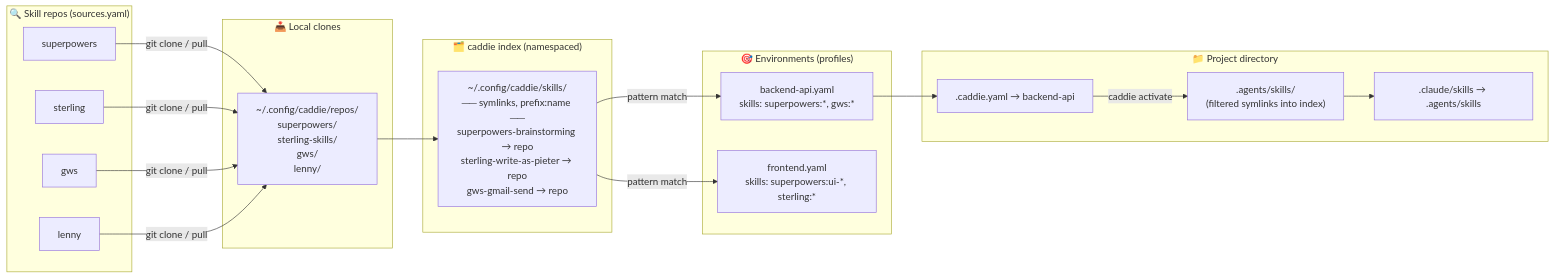
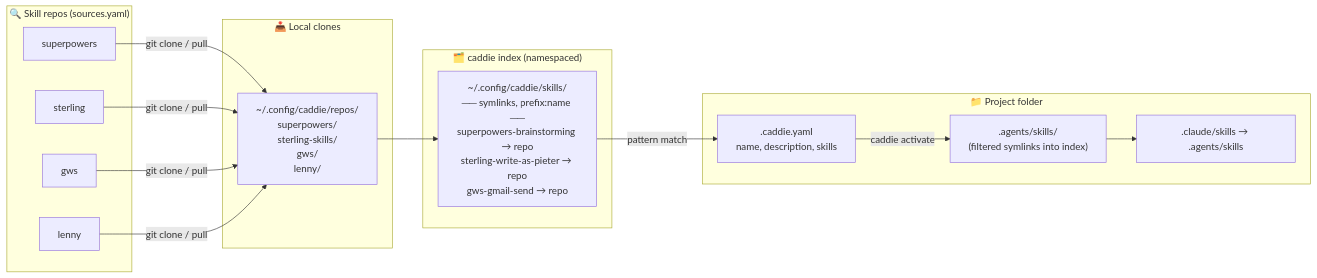
Before and after one commit to Portauw/caddie: the diagram in docs/OVERVIEW.md, drawn with Mermaid. The commit also changed other lines of this file and 5 other files, not shown here.

````diff
--- a/docs/OVERVIEW.md
+++ b/docs/OVERVIEW.md
@@ -57,34 +57,28 @@
 ```mermaid
 flowchart LR
     subgraph S["🔍 Skill repos (sources.yaml)"]
         S1["superpowers"]
         S2["sterling"]
         S3["gws"]
         S4["lenny"]
     end
 
     subgraph R["📥 Local clones"]
         RC["~/.config/caddie/repos/<br/>superpowers/<br/>sterling-skills/<br/>gws/<br/>lenny/"]
     end
 
     subgraph I["🗂️ caddie index (namespaced)"]
         IX["~/.config/caddie/skills/<br/>── symlinks, prefix:name ──<br/>superpowers-brainstorming → repo<br/>sterling-write-as-pieter → repo<br/>gws-gmail-send → repo"]
     end
 
-    subgraph E["🎯 Environments (profiles)"]
-        E1["backend-api.yaml<br/>skills: superpowers:*, gws:*"]
-        E2["frontend.yaml<br/>skills: superpowers:ui-*, sterling:*"]
-    end
-
-    subgraph P["📁 Project directory"]
-        P1[".caddie.yaml → backend-api"]
+    subgraph P["📁 Project folder"]
+        P1[".caddie.yaml<br/>name, description, skills"]
         PA[".agents/skills/<br/>(filtered symlinks into index)"]
         PC[".claude/skills → .agents/skills"]
     end
 
     S1 & S2 & S3 & S4 -->|git clone / pull| RC --> IX
-    IX -->|pattern match| E1 & E2
-    E1 --> P1
+    IX -->|pattern match| P1
     P1 -->|caddie activate| PA
     PA --> PC
 ```
````
